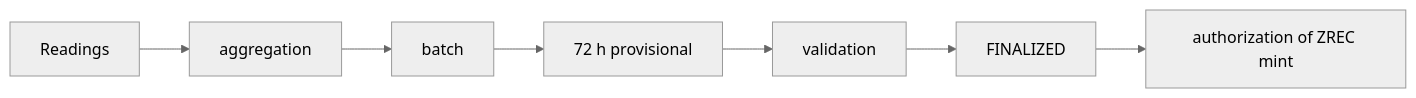
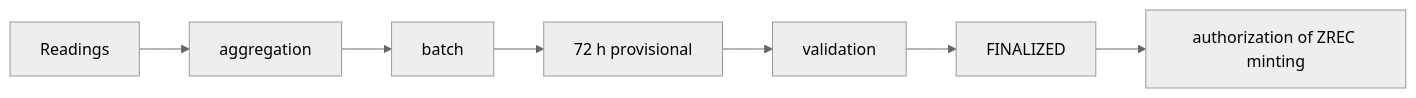
The fourth of 5 diagrams in docs/infra/01-proof-of-energy.md (blockvault-ai/zero-energy), drawn with Mermaid (neutral theme) before and after one commit. The commit also changed other lines of this file, not shown here.

````diff
--- a/docs/infra/01-proof-of-energy.md
+++ b/docs/infra/01-proof-of-energy.md
@@ -97,5 +111,5 @@
 ```mermaid
 flowchart LR
     A[Readings] --> B[aggregation] --> C[batch] --> D[72 h provisional]
-    D --> E[validation] --> F[FINALIZED] --> G[authorization of ZREC mint]
+    D --> E[validation] --> F[FINALIZED] --> G[authorization of ZREC minting]
 ```
````
